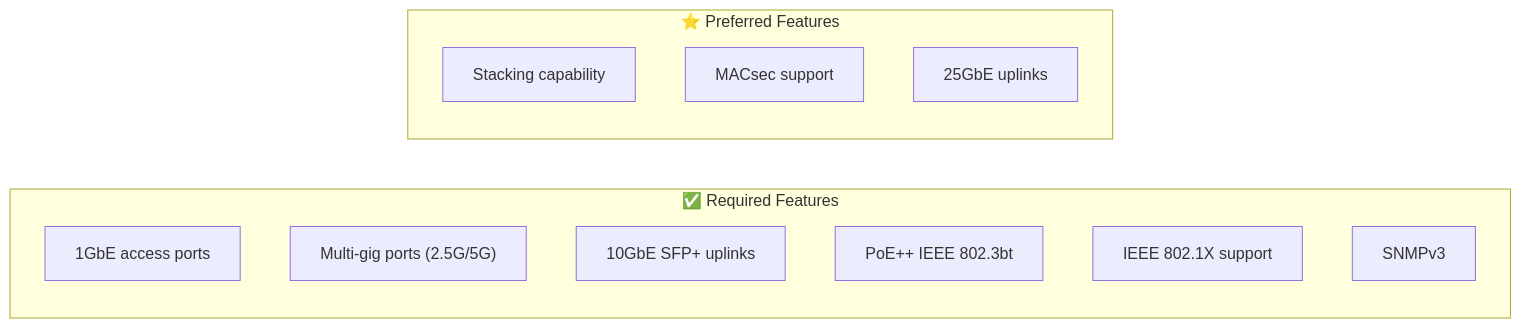
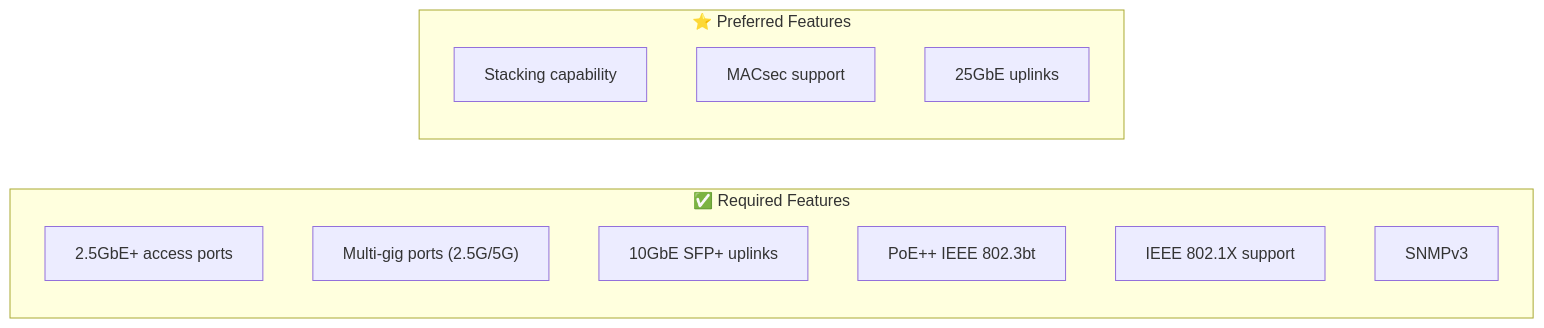
The second of 6 diagrams in docs/ethernet/switch-specifications.md (NewOrleansITI/networkstandards), drawn with Mermaid before and after one commit. The commit also changed other lines of this file and 5 other files, not shown here.

First line of the commit message:
Require 2.5 GbE minimum for all new switch access ports (2026 policy)

````diff
--- a/docs/ethernet/switch-specifications.md
+++ b/docs/ethernet/switch-specifications.md
@@ -66,17 +67,17 @@
 ```mermaid
 graph LR
     subgraph REQUIRED["✅ Required Features"]
-        A["1GbE access ports"]
+        A["2.5GbE+ access ports"]
         B["Multi-gig ports (2.5G/5G)"]
         C["10GbE SFP+ uplinks"]
         D["PoE++ IEEE 802.3bt"]
         E["IEEE 802.1X support"]
         F["SNMPv3"]
     end
 
     subgraph PREFERRED["⭐ Preferred Features"]
         G["Stacking capability"]
         H["MACsec support"]
         I["25GbE uplinks"]
     end
 ```
````
